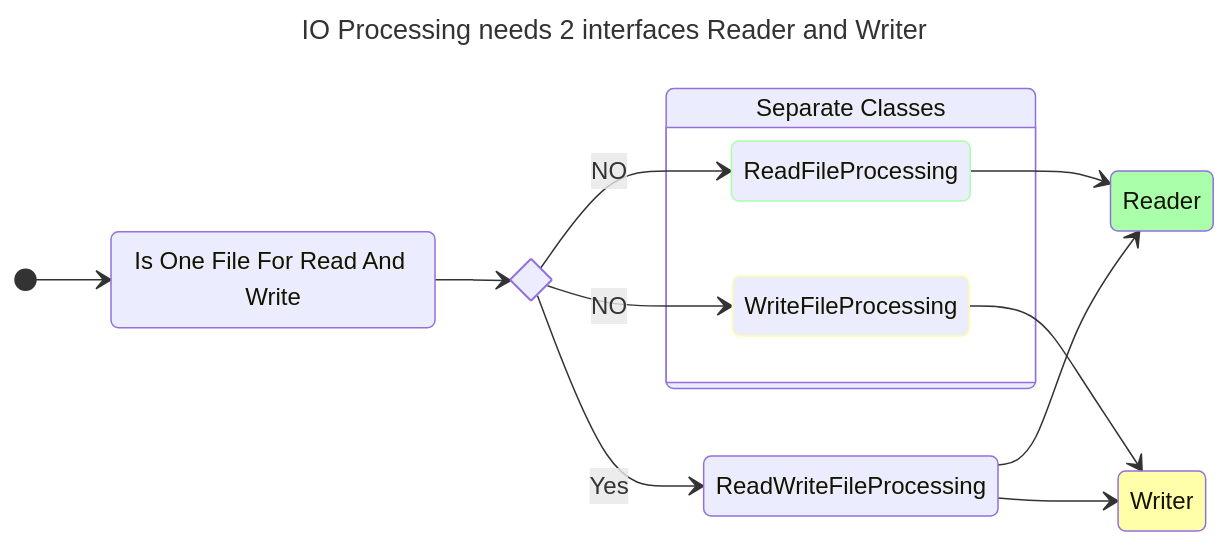
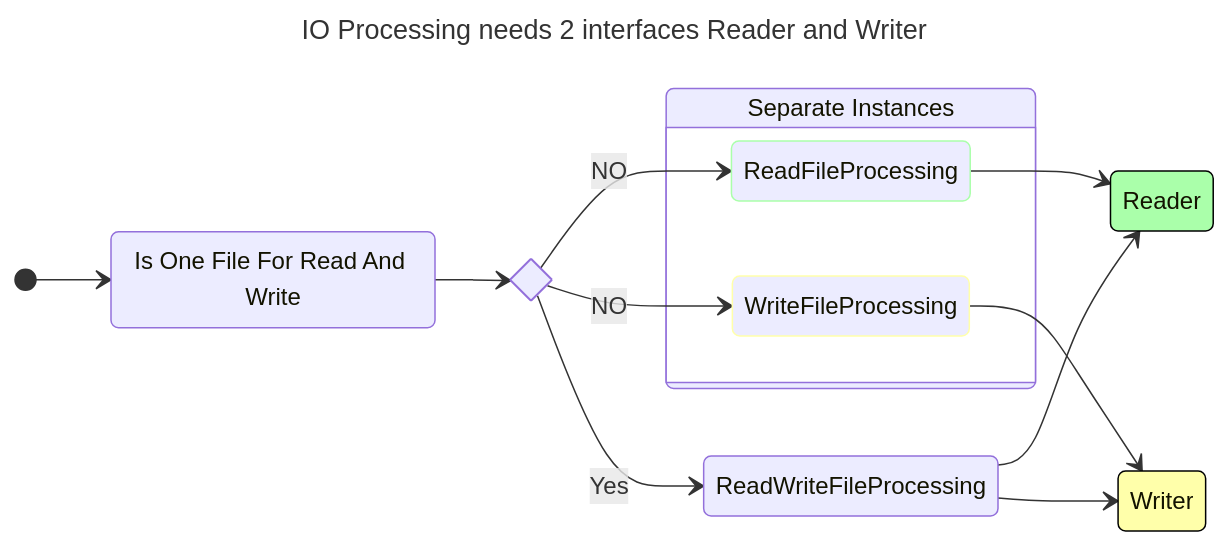
The second of 2 diagrams in README.md (zproksi/bpatch), drawn with Mermaid before and after one commit.

Commit message:
added IO creation diagram

````diff
--- a/README.md
+++ b/README.md
@@ -176,29 +176,34 @@
 ```mermaid
 ---
 title: IO Processing needs 2 interfaces Reader and Writer
 ---
 stateDiagram-v2
     direction LR
     state if_state <<choice>>
     ioffraw : Is One File For Read And Write
     [*] --> ioffraw
     ioffraw --> if_state
     if_state --> ReadWriteFileProcessing: Yes
     if_state --> ReadFileProcessing : NO
     if_state --> WriteFileProcessing : NO
-    sc : Separate Classes
+    sc : Separate Instances
     state sc {
         direction LR
         ReadFileProcessing
         WriteFileProcessing
     }
     ReadFileProcessing --> Reader
     ReadWriteFileProcessing --> Reader
     WriteFileProcessing --> Writer
     ReadWriteFileProcessing --> Writer
 
-    style Reader fill:#AAffAA
-    style Writer fill:#ffffAA
-    style ReadFileProcessing stroke:#AAffAA
-    style WriteFileProcessing stroke:#ffffAA
+    classDef clReader fill:#AAffAA,stroke:#000000
+    classDef clWriter fill:#ffffAA,stroke:#000000
+    classDef clReadFileProcessing stroke:#AAffAA
+    classDef clWriteFileProcessing stroke:#ffffAA
+
+    class Reader clReader
+    class Writer clWriter
+    class ReadFileProcessing clReadFileProcessing
+    class WriteFileProcessing clWriteFileProcessing
 ```
````
